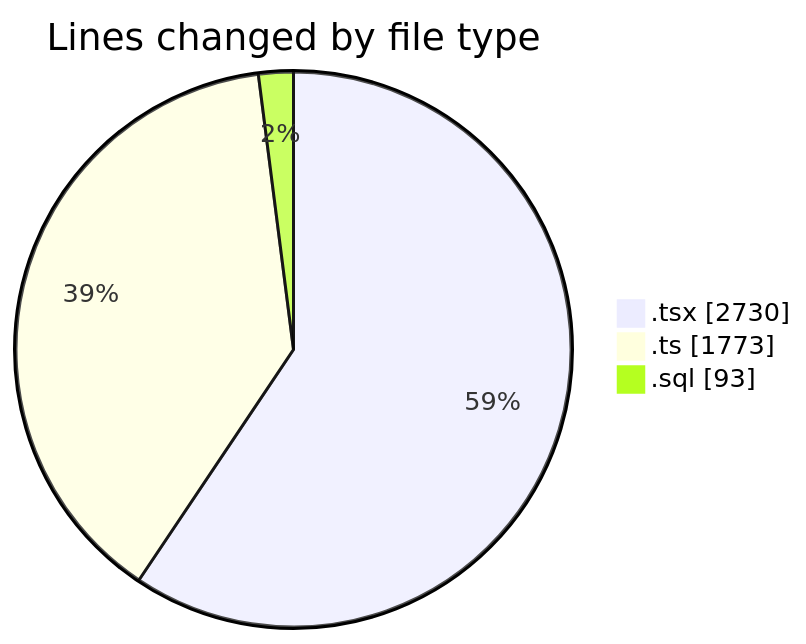
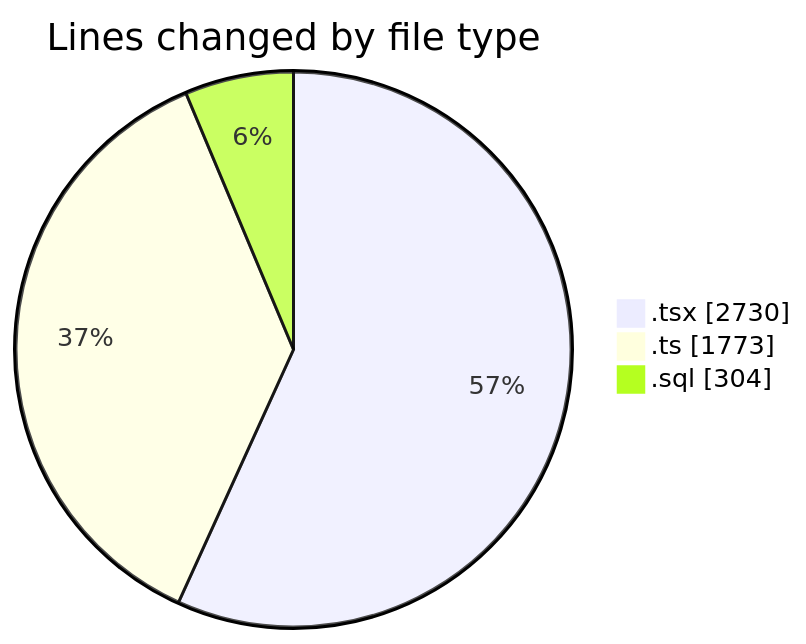
The first of 2 diagrams in 2025-09-05/hiai-phf/README.md (lephambinh05/code-tracking), drawn with Mermaid before and after one commit. The commit also changed other lines of this file and 1 other file, not shown here.

````diff
--- a/2025-09-05/hiai-phf/README.md
+++ b/2025-09-05/hiai-phf/README.md
@@ -62,7 +63,7 @@
 ```mermaid
 pie showData
 title Lines changed by file type
 ".tsx" : 2730
 ".ts" : 1773
-".sql" : 93
+".sql" : 304
 ```
````
